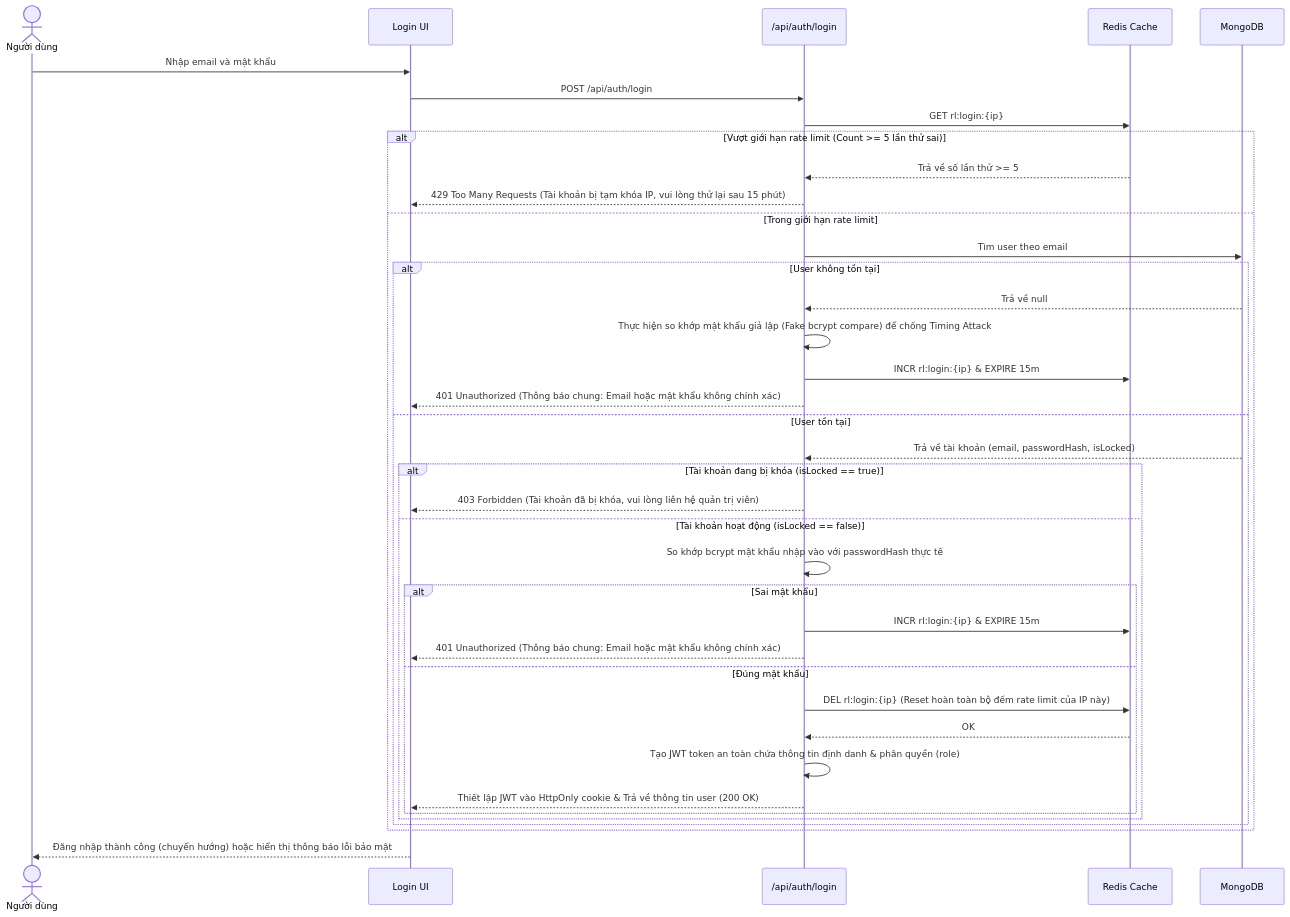
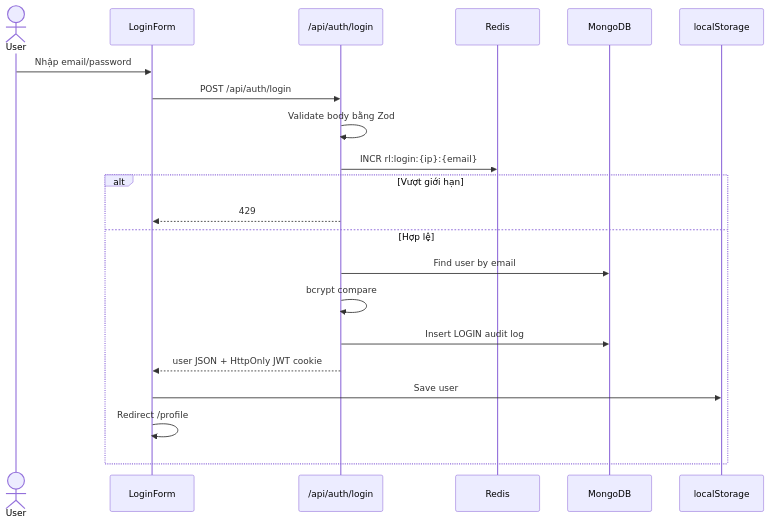
The third of 6 diagrams in docs/04_SEQUENCE.md (NguyenHoangPhuong275/dattcnpm), drawn with Mermaid before and after one commit. The commit also changed other lines of this file and 100 other files, not shown here.

Commit message:
feat: scaffold core project architecture with authentication, database, and profile management modules

````diff
--- a/docs/04_SEQUENCE.md
+++ b/docs/04_SEQUENCE.md
@@ -82,46 +69,24 @@
 ```mermaid
 sequenceDiagram
-    actor User as Người dùng
-    participant UI as Login UI
+    actor User
+    participant UI as LoginForm
     participant API as /api/auth/login
-    participant Redis as Redis Cache
+    participant Redis as Redis
     participant Mongo as MongoDB
+    participant Storage as localStorage
 
-    User->>UI: Nhập email và mật khẩu
+    User->>UI: Nhập email/password
     UI->>API: POST /api/auth/login
-    
-    API->>Redis: GET rl:login:{ip}
-    
-    alt Vượt giới hạn rate limit (Count >= 5 lần thử sai)
-        Redis-->>API: Trả về số lần thử >= 5
-        API-->>UI: 429 Too Many Requests (Tài khoản bị tạm khóa IP, vui lòng thử lại sau 15 phút)
-    else Trong giới hạn rate limit
-        API->>Mongo: Tìm user theo email
-        
-        alt User không tồn tại
-            Mongo-->>API: Trả về null
-            API->>API: Thực hiện so khớp mật khẩu giả lập (Fake bcrypt compare) để chống Timing Attack
-            API->>Redis: INCR rl:login:{ip} & EXPIRE 15m
-            API-->>UI: 401 Unauthorized (Thông báo chung: Email hoặc mật khẩu không chính xác)
-        else User tồn tại
-            Mongo-->>API: Trả về tài khoản (email, passwordHash, isLocked)
-            
-            alt Tài khoản đang bị khóa (isLocked == true)
-                API-->>UI: 403 Forbidden (Tài khoản đã bị khóa, vui lòng liên hệ quản trị viên)
-            else Tài khoản hoạt động (isLocked == false)
-                API->>API: So khớp bcrypt mật khẩu nhập vào với passwordHash thực tế
-                
-                alt Sai mật khẩu
-                    API->>Redis: INCR rl:login:{ip} & EXPIRE 15m
-                    API-->>UI: 401 Unauthorized (Thông báo chung: Email hoặc mật khẩu không chính xác)
-                else Đúng mật khẩu
-                    API->>Redis: DEL rl:login:{ip} (Reset hoàn toàn bộ đếm rate limit của IP này)
-                    Redis-->>API: OK
-                    API->>API: Tạo JWT token an toàn chứa thông tin định danh & phân quyền (role)
-                    API-->>UI: Thiết lập JWT vào HttpOnly cookie & Trả về thông tin user (200 OK)
-                end
-            end
-        end
+    API->>API: Validate body bằng Zod
+    API->>Redis: INCR rl:login:{ip}:{email}
+    alt Vượt giới hạn
+        API-->>UI: 429
+    else Hợp lệ
+        API->>Mongo: Find user by email
+        API->>API: bcrypt compare
+        API->>Mongo: Insert LOGIN audit log
+        API-->>UI: user JSON + HttpOnly JWT cookie
+        UI->>Storage: Save user
+        UI->>UI: Redirect /profile
     end
-    UI-->>User: Đăng nhập thành công (chuyển hướng) hoặc hiển thị thông báo lỗi bảo mật
 ```
````
